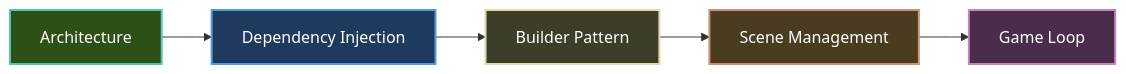
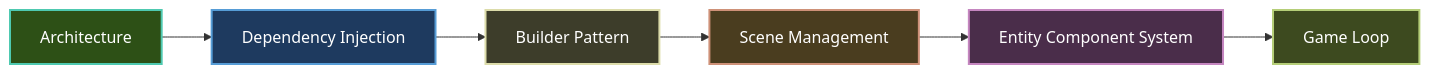
One commit to CrazyPickleStudios/Brine2D-Documentation changed the fourth of 4 diagrams in docs/concepts/index.md. Above: the diagram before and after it, drawn with Mermaid. The commit also changed other lines of this file and 9 other files, not shown here.

````diff
--- a/docs/concepts/index.md
+++ b/docs/concepts/index.md
@@ -423,14 +478,16 @@
 ```mermaid
 graph LR
 
 A["Architecture"] --> B["Dependency Injection"]
 B --> C["Builder Pattern"] 
-C --> D["Scene Management"] 
-D --> E["Game Loop"]
+C --> D["Scene Management"]
+D --> E["Entity Component System"]
+E --> F["Game Loop"]
 
-style A fill:#2d5016,stroke:#4ec9b0,stroke-width:2px,color:#fff
-style B fill:#1e3a5f,stroke:#569cd6,stroke-width:2px,color:#fff
-style C fill:#3d3d2a,stroke:#dcdcaa,stroke-width:2px,color:#fff
-style D fill:#4a3d1f,stroke:#ce9178,stroke-width:2px,color:#fff
-style E fill:#4a2d4a,stroke:#c586c0,stroke-width:2px,color:#fff
+	style A fill:#2d5016,stroke:#4ec9b0,stroke-width:2px,color:#fff
+    style B fill:#1e3a5f,stroke:#569cd6,stroke-width:2px,color:#fff
+    style C fill:#3d3d2a,stroke:#dcdcaa,stroke-width:2px,color:#fff
+    style D fill:#4a3d1f,stroke:#ce9178,stroke-width:2px,color:#fff
+    style E fill:#4a2d4a,stroke:#c586c0,stroke-width:2px,color:#fff
+    style F fill:#3d4a1f,stroke:#b5ce78,stroke-width:2px,color:#fff
 ```
````
